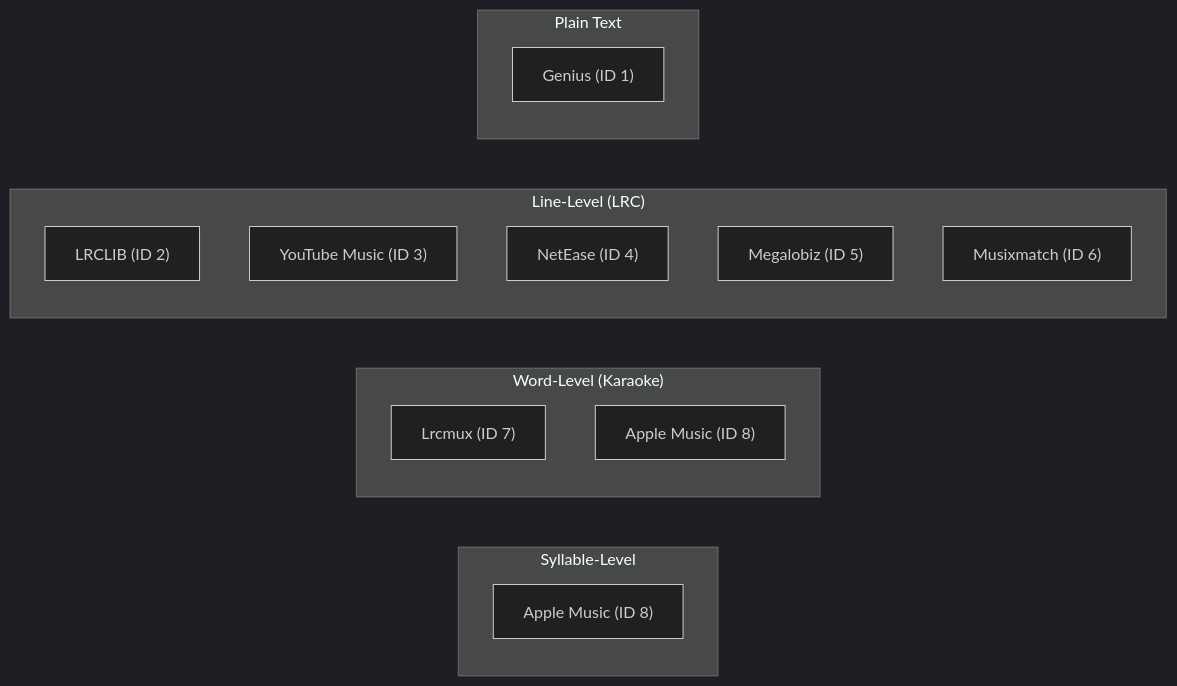
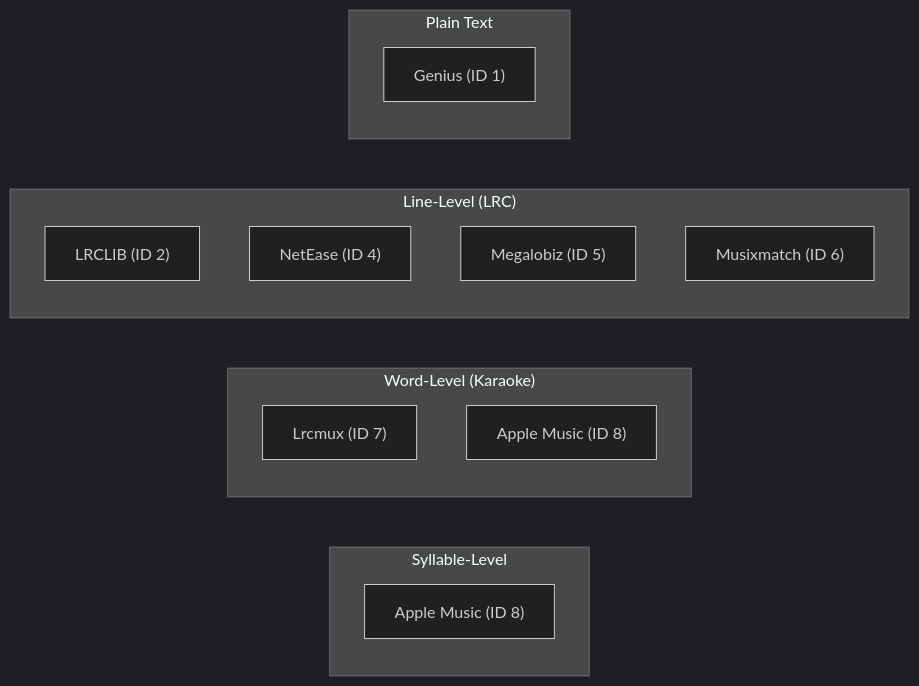
Before and after one commit to Wilooper/Lyrica: the diagram in docs/providers/overview.md, drawn with Mermaid (dark theme). The commit also changed other lines of this file and 44 other files, not shown here.

````diff
--- a/docs/providers/overview.md
+++ b/docs/providers/overview.md
@@ -36,23 +38,22 @@
 ```mermaid
 graph LR
     subgraph Syllable["Syllable-Level"]
         AppleMusicS["Apple Music (ID 8)"]
     end
 
     subgraph Word["Word-Level (Karaoke)"]
         Lrcmux["Lrcmux (ID 7)"]
         AppleMusicW["Apple Music (ID 8)"]
     end
 
     subgraph Line["Line-Level (LRC)"]
         LRCLIB["LRCLIB (ID 2)"]
-        YouTube["YouTube Music (ID 3)"]
         NetEase["NetEase (ID 4)"]
         Megalobiz["Megalobiz (ID 5)"]
         Musixmatch["Musixmatch (ID 6)"]
     end
 
     subgraph Plain["Plain Text"]
         Genius["Genius (ID 1)"]
     end
 ```
````
